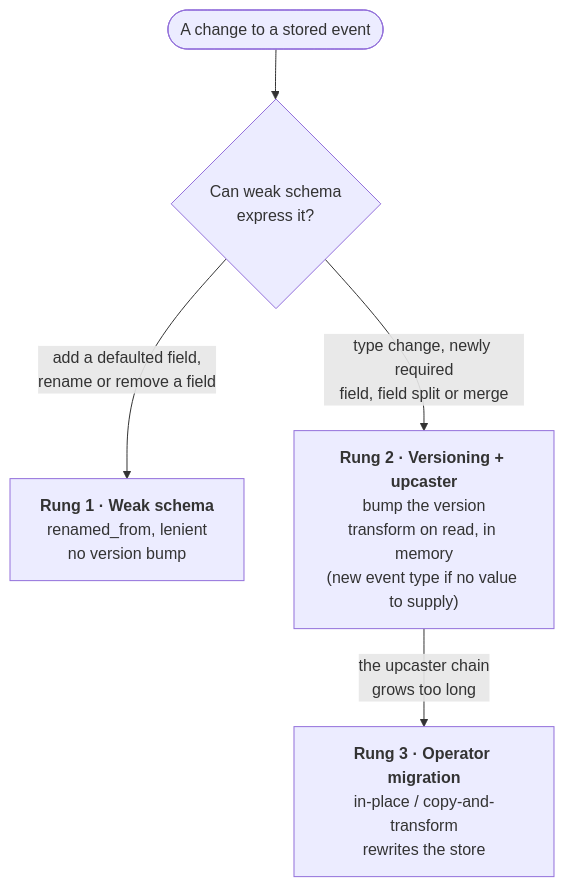
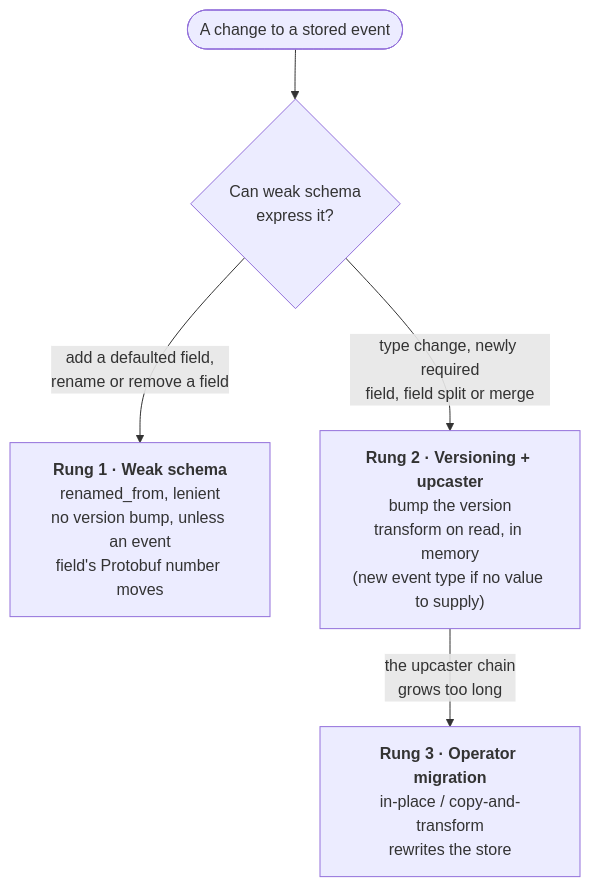
One commit to proteanhq/protean changed the diagram in docs_src/diagrams/schema-evolution-ladder.md. Above: the diagram before and after it, drawn with Mermaid. The commit also changed 4 other files, not shown here.

Commit message:
Name the field-number exception in the ladder diagram and the event skill example

````diff
--- a/docs_src/diagrams/schema-evolution-ladder.md
+++ b/docs_src/diagrams/schema-evolution-ladder.md
@@ -1,7 +1,7 @@
 ```mermaid
 flowchart TD
     change(["A change to a stored event"]) --> q1{"Can weak schema<br/>express it?"}
-    q1 -->|"add a defaulted field,<br/>rename or remove a field"| r1["<b>Rung 1 · Weak schema</b><br/>renamed_from, lenient<br/>no version bump"]
+    q1 -->|"add a defaulted field,<br/>rename or remove a field"| r1["<b>Rung 1 · Weak schema</b><br/>renamed_from, lenient<br/>no version bump, unless an event<br/>field's Protobuf number moves"]
     q1 -->|"type change, newly required<br/>field, field split or merge"| r2["<b>Rung 2 · Versioning + upcaster</b><br/>bump the version<br/>transform on read, in memory<br/>(new event type if no value to supply)"]
     r2 -->|"the upcaster chain<br/>grows too long"| r3["<b>Rung 3 · Operator migration</b><br/>in-place / copy-and-transform<br/>rewrites the store"]
 ```
````
